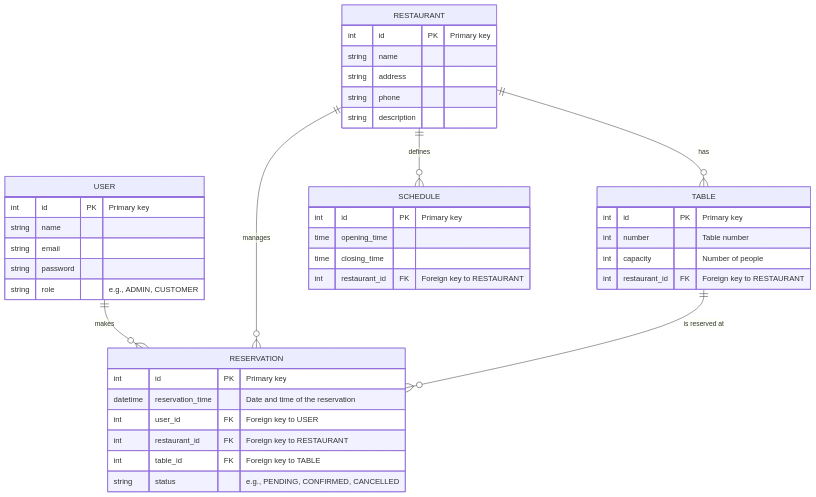
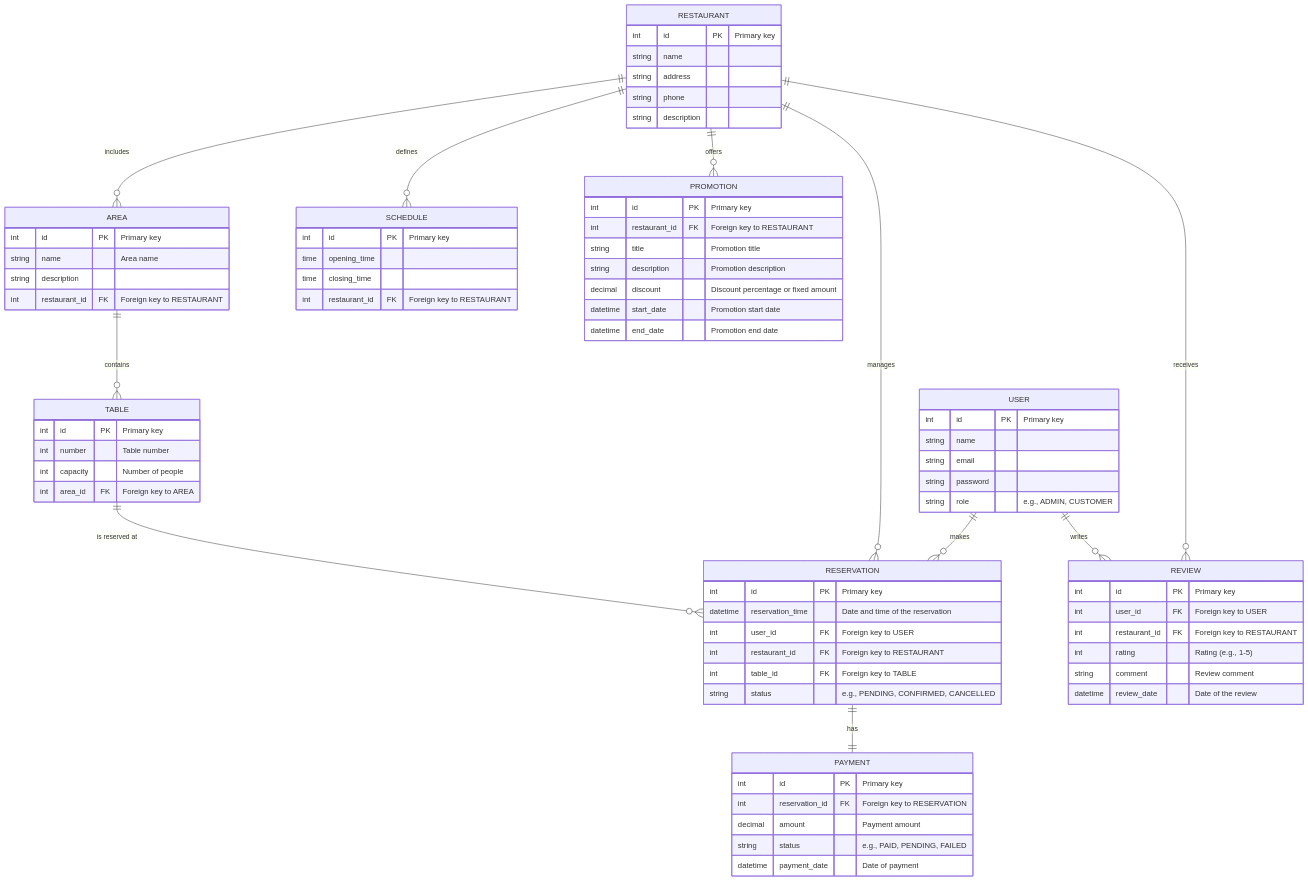
The diagram in README.md (adritell/Restaurant_tables_reserves), drawn with Mermaid before and after one commit. The commit also changed other lines of this file, not shown here.

Commit message:
Modified Readme. Added some new entities and description of the model

````diff
--- a/README.md
+++ b/README.md
@@ -96,11 +97,18 @@
         string description
     }
     
+    AREA {
+        int id PK "Primary key"
+        string name "Area name"
+        string description
+        int restaurant_id FK "Foreign key to RESTAURANT"
+    }
+    
     TABLE {
         int id PK "Primary key"
         int number "Table number"
         int capacity "Number of people"
-        int restaurant_id FK "Foreign key to RESTAURANT"
+        int area_id FK "Foreign key to AREA"
     }
     
     SCHEDULE {
@@ -118,10 +126,43 @@
         int table_id FK "Foreign key to TABLE"
         string status "e.g., PENDING, CONFIRMED, CANCELLED"
     }
-
+    
+    REVIEW {
+        int id PK "Primary key"
+        int user_id FK "Foreign key to USER"
+        int restaurant_id FK "Foreign key to RESTAURANT"
+        int rating "Rating (e.g., 1-5)"
+        string comment "Review comment"
+        datetime review_date "Date of the review"
+    }
+    
+    PAYMENT {
+        int id PK "Primary key"
+        int reservation_id FK "Foreign key to RESERVATION"
+        decimal amount "Payment amount"
+        string status "e.g., PAID, PENDING, FAILED"
+        datetime payment_date "Date of payment"
+    }
+    
+    PROMOTION {
+        int id PK "Primary key"
+        int restaurant_id FK "Foreign key to RESTAURANT"
+        string title "Promotion title"
+        string description "Promotion description"
+        decimal discount "Discount percentage or fixed amount"
+        datetime start_date "Promotion start date"
+        datetime end_date "Promotion end date"
+    }
+    
     USER ||--o{ RESERVATION : "makes"
-    RESTAURANT ||--o{ TABLE : "has"
     RESTAURANT ||--o{ SCHEDULE : "defines"
     RESTAURANT ||--o{ RESERVATION : "manages"
     TABLE ||--o{ RESERVATION : "is reserved at"
+    RESTAURANT ||--o{ REVIEW : "receives"
+    USER ||--o{ REVIEW : "writes"
+    RESERVATION ||--|| PAYMENT : "has"
+    RESTAURANT ||--o{ PROMOTION : "offers"
+    RESTAURANT ||--o{ AREA : "includes"
+    AREA ||--o{ TABLE : "contains"
+
 ```
````
